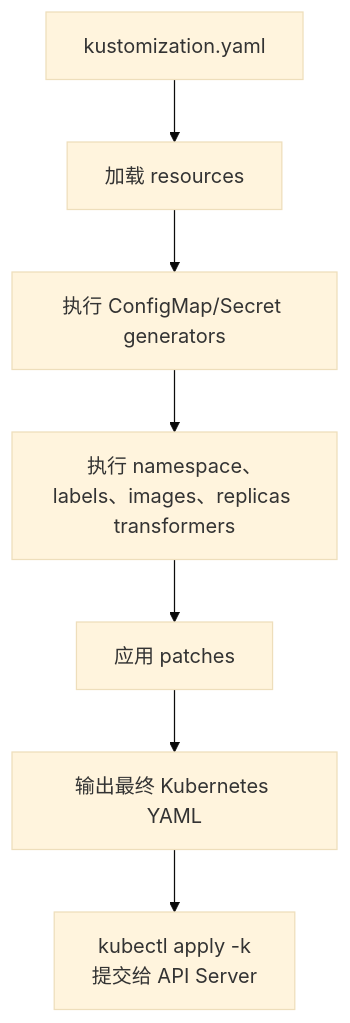
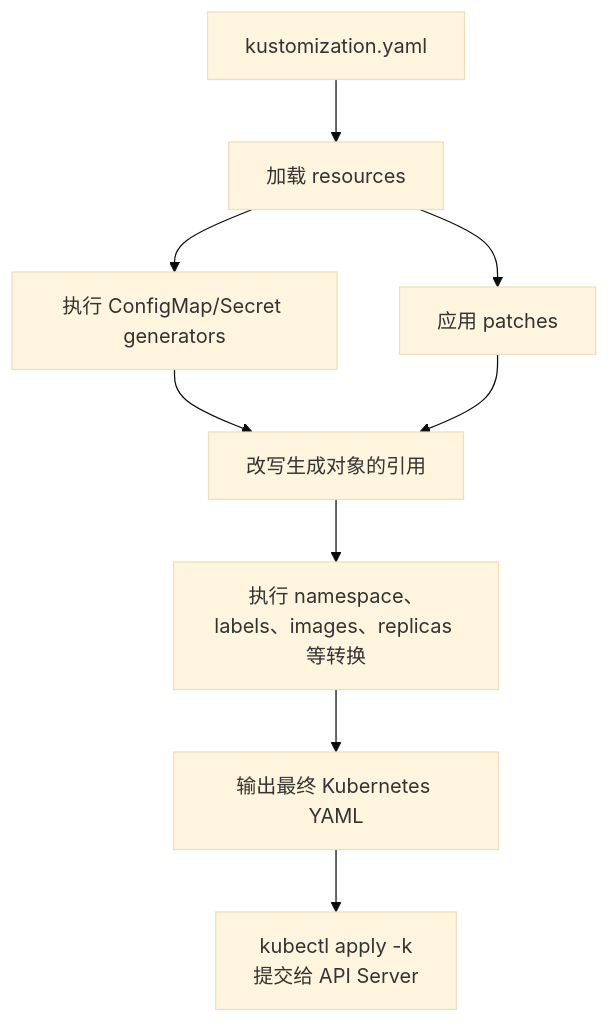
The third of 4 diagrams in docs/chapters/stage-04-kubernetes/28-kustomize.md (yleoer/cloud-native-todo-platform-docs), drawn with Mermaid (base theme) before and after one commit. The commit also changed other lines of this file, not shown here.

````diff
--- a/docs/chapters/stage-04-kubernetes/28-kustomize.md
+++ b/docs/chapters/stage-04-kubernetes/28-kustomize.md
@@ -279,9 +279,11 @@
 ```mermaid
 flowchart TD
     K["kustomization.yaml"] --> Load["加载 resources"]
     Load --> Gen["执行 ConfigMap/Secret generators"]
-    Gen --> Trans["执行 namespace、labels、images、replicas transformers"]
-    Trans --> Patch["应用 patches"]
-    Patch --> Output["输出最终 Kubernetes YAML"]
+    Load --> Patch["应用 patches"]
+    Gen --> NameRef["改写生成对象的引用"]
+    Patch --> NameRef
+    NameRef --> Trans["执行 namespace、labels、images、replicas 等转换"]
+    Trans --> Output["输出最终 Kubernetes YAML"]
     Output --> Apply["kubectl apply -k<br/>提交给 API Server"]
 ```
````
